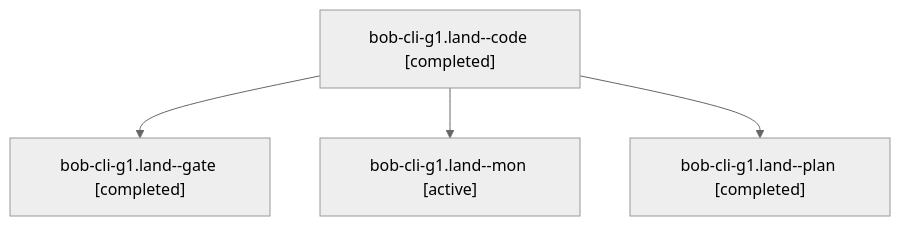
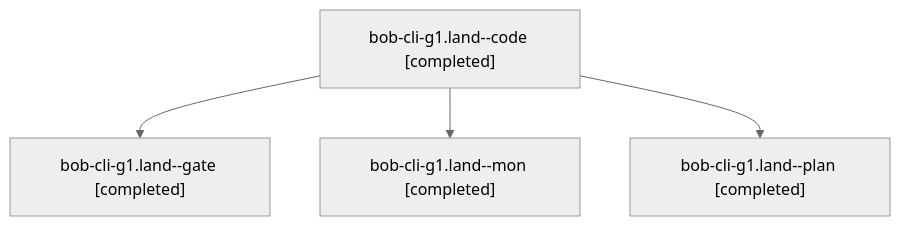
Before and after one commit to bobs-org/bob-cli--agents: the diagram in sessions/bbugyi200.athena.bob-cli-g1.land.md, drawn with Mermaid (neutral theme). The commit also changed other lines of this file and 19 other files, not shown here.

````diff
--- a/sessions/bbugyi200.athena.bob-cli-g1.land.md
+++ b/sessions/bbugyi200.athena.bob-cli-g1.land.md
@@ -9,10 +9,10 @@
 ```mermaid
 flowchart TD
   n0["bob-cli-g1.land--code [completed]"]
   n1["bob-cli-g1.land--gate [completed]"]
   n0 --> n1
-  n2["bob-cli-g1.land--mon [active]"]
+  n2["bob-cli-g1.land--mon [completed]"]
   n0 --> n2
   n3["bob-cli-g1.land--plan [completed]"]
   n0 --> n3
 ```
````
